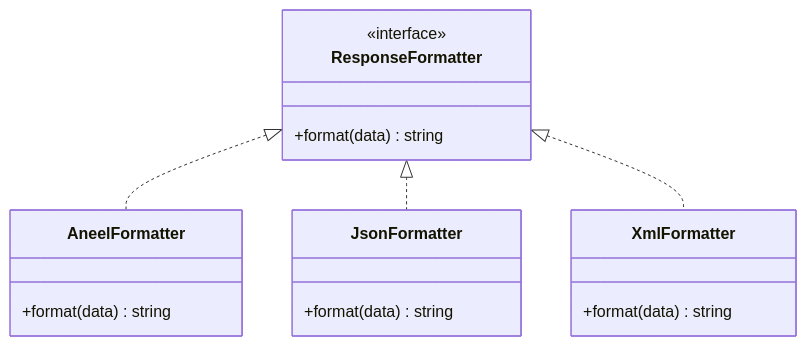
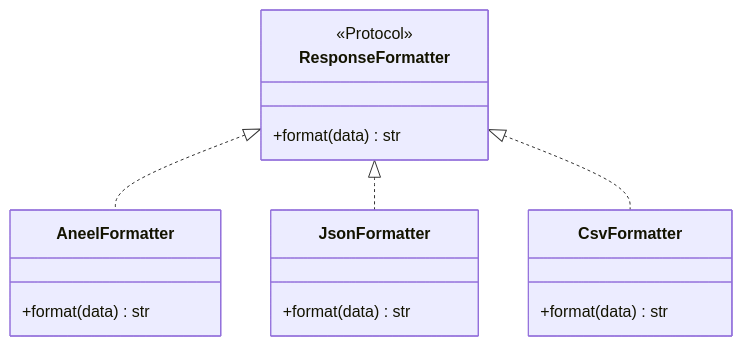
The second of 4 diagrams in docs/development/02-solid-principles.md (devenergia/radar), drawn with Mermaid before and after one commit. The commit also changed other lines of this file and 5 other files, not shown here.

````diff
--- a/docs/development/02-solid-principles.md
+++ b/docs/development/02-solid-principles.md
@@ -112,23 +124,23 @@
 ```mermaid
 classDiagram
     class ResponseFormatter {
-        <<interface>>
-        +format(data) string
+        <<Protocol>>
+        +format(data) str
     }
 
     class AneelFormatter {
-        +format(data) string
+        +format(data) str
     }
 
     class JsonFormatter {
-        +format(data) string
+        +format(data) str
     }
 
-    class XmlFormatter {
-        +format(data) string
+    class CsvFormatter {
+        +format(data) str
     }
 
     ResponseFormatter <|.. AneelFormatter
     ResponseFormatter <|.. JsonFormatter
-    ResponseFormatter <|.. XmlFormatter
+    ResponseFormatter <|.. CsvFormatter
 ```
````
